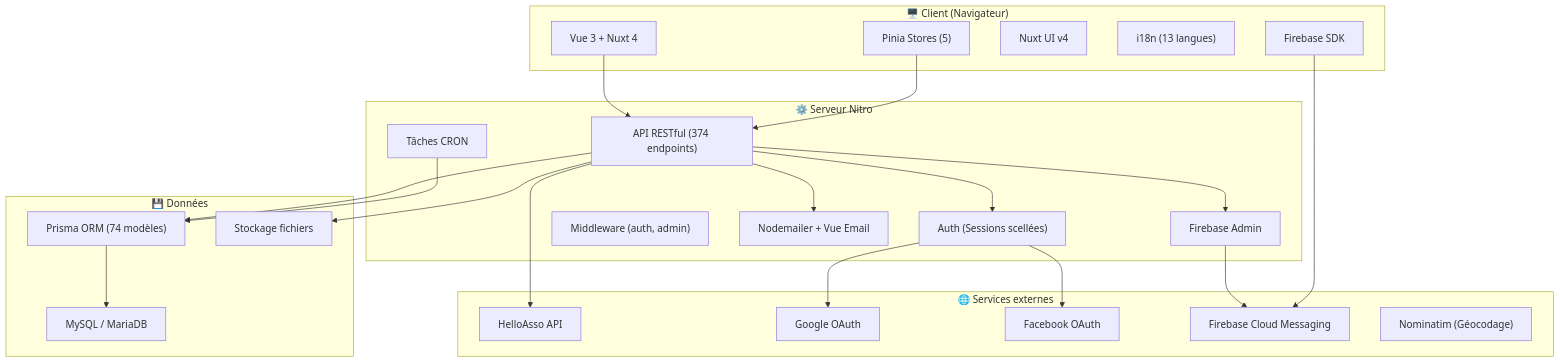
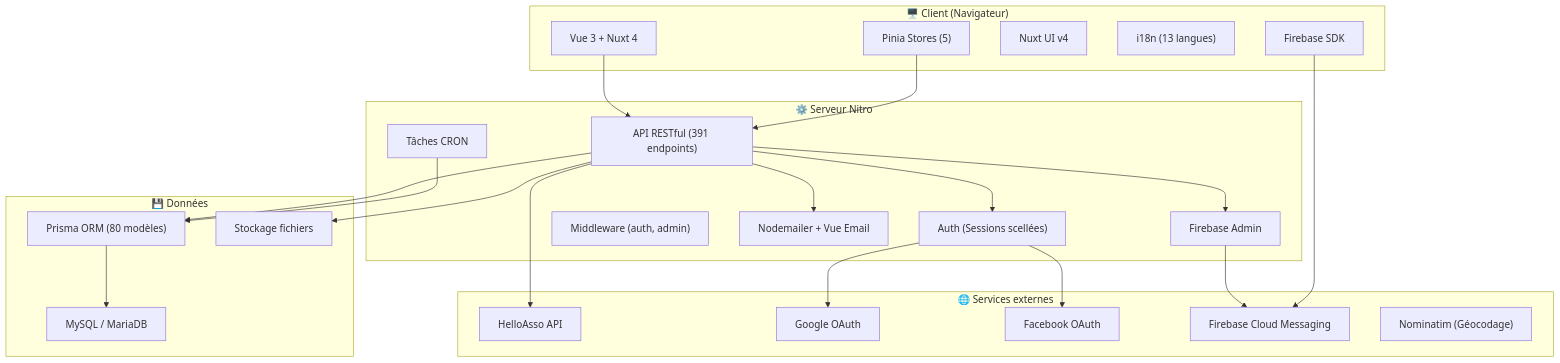
The first of 2 diagrams in docs/codebase_analysis.md (powange/convention-de-jonglerie), drawn with Mermaid before and after one commit. The commit also changed other lines of this file and 1 other file, not shown here.

````diff
--- a/docs/codebase_analysis.md
+++ b/docs/codebase_analysis.md
@@ -402,48 +406,48 @@
 ```mermaid
 graph TB
     subgraph Client["🖥️ Client (Navigateur)"]
         Vue["Vue 3 + Nuxt 4"]
         Pinia["Pinia Stores (5)"]
         UI["Nuxt UI v4"]
         i18n["i18n (13 langues)"]
         FCM_Client["Firebase SDK"]
     end
 
     subgraph Server["⚙️ Serveur Nitro"]
-        API["API RESTful (374 endpoints)"]
+        API["API RESTful (391 endpoints)"]
         Auth["Auth (Sessions scellées)"]
         MW["Middleware (auth, admin)"]
         Cron["Tâches CRON"]
         Email["Nodemailer + Vue Email"]
         FCM_Server["Firebase Admin"]
     end
 
     subgraph Data["💾 Données"]
         MySQL["MySQL / MariaDB"]
-        Prisma["Prisma ORM (74 modèles)"]
+        Prisma["Prisma ORM (80 modèles)"]
         Uploads["Stockage fichiers"]
     end
 
     subgraph External["🌐 Services externes"]
         HelloAsso["HelloAsso API"]
         Google["Google OAuth"]
         Facebook["Facebook OAuth"]
         Firebase["Firebase Cloud Messaging"]
         Nominatim["Nominatim (Géocodage)"]
     end
 
     Vue --> API
     Pinia --> API
     API --> Prisma
     Prisma --> MySQL
     API --> Auth
     Auth --> Google
     Auth --> Facebook
     API --> Email
     API --> FCM_Server
     FCM_Server --> Firebase
     FCM_Client --> Firebase
     API --> HelloAsso
     API --> Uploads
     Cron --> Prisma
 ```
````
